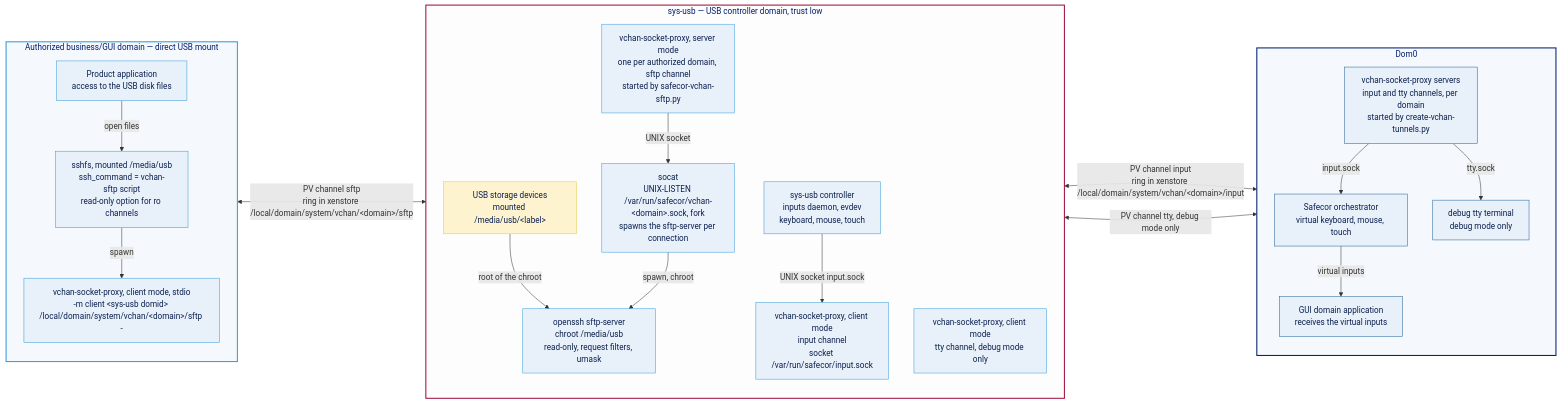
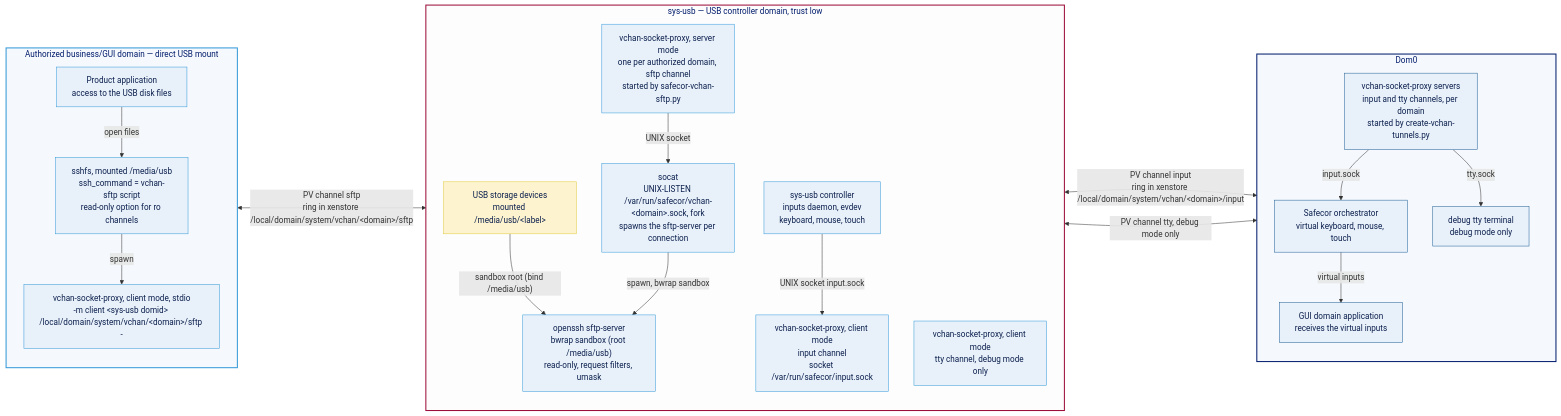
One commit to TristanIsrael/Safecor changed the diagram in docs/diagrams/lld-sftp-inputs.mmd. Above: the diagram before and after it, drawn with Mermaid. The commit also changed 13 other files, not shown here.

```diff
--- a/docs/diagrams/lld-sftp-inputs.mmd
+++ b/docs/diagrams/lld-sftp-inputs.mmd
@@ -1,55 +1,55 @@
 flowchart LR
 
     %% ---------------- Authorized domain (SFTP client) ----------------
     subgraph BUS["Authorized business/GUI domain — direct USB mount"]
         direction TB
         APP["Product application<br/>access to the USB disk files"]
         SSHFS["sshfs, mounted /media/usb<br/>ssh_command = vchan-sftp script<br/>read-only option for ro channels"]
         VCC["vchan-socket-proxy, client mode, stdio<br/>-m client &lt;sys-usb domid&gt; /local/domain/system/vchan/&lt;domain&gt;/sftp -"]
         APP -->|open files| SSHFS
         SSHFS -->|spawn| VCC
     end
 
     %% ---------------- sys-usb (SFTP server + input/tty clients) ----------------
     subgraph SYSUSB["sys-usb — USB controller domain, trust low"]
         direction TB
         USBST["USB storage devices<br/>mounted /media/usb/&lt;label&gt;"]
         SFTPS["vchan-socket-proxy, server mode<br/>one per authorized domain, sftp channel<br/>started by safecor-vchan-sftp.py"]
         SOCAT["socat<br/>UNIX-LISTEN /var/run/safecor/vchan-&lt;domain&gt;.sock, fork<br/>spawns the sftp-server per connection"]
-        SFTP["openssh sftp-server<br/>chroot /media/usb<br/>read-only, request filters, umask"]
+        SFTP["openssh sftp-server<br/>bwrap sandbox (root /media/usb)<br/>read-only, request filters, umask"]
         INPD["sys-usb controller<br/>inputs daemon, evdev<br/>keyboard, mouse, touch"]
         VCIN["vchan-socket-proxy, client mode<br/>input channel<br/>socket /var/run/safecor/input.sock"]
         VCTY["vchan-socket-proxy, client mode<br/>tty channel, debug mode only"]
-        USBST -->|root of the chroot| SFTP
+        USBST -->|"sandbox root (bind /media/usb)"| SFTP
         SFTPS -->|UNIX socket| SOCAT
-        SOCAT -->|spawn, chroot| SFTP
+        SOCAT -->|spawn, bwrap sandbox| SFTP
         INPD -->|UNIX socket input.sock| VCIN
     end
 
     %% ---------------- Dom0 (input/tty servers) ----------------
     subgraph DOM0["Dom0"]
         direction TB
         VCS["vchan-socket-proxy servers<br/>input and tty channels, per domain<br/>started by create-vchan-tunnels.py"]
         ORCH["Safecor orchestrator<br/>virtual keyboard, mouse, touch"]
         TTYD["debug tty terminal<br/>debug mode only"]
         GUIAPP["GUI domain application<br/>receives the virtual inputs"]
         VCS -->|input.sock| ORCH
         VCS -->|tty.sock| TTYD
         ORCH -->|virtual inputs| GUIAPP
     end
 
     %% ---------------- The vchan hops ----------------
     VCC <-->|PV channel sftp<br/>ring in xenstore /local/domain/system/vchan/&lt;domain&gt;/sftp| SFTPS
     VCIN <-->|PV channel input<br/>ring in xenstore /local/domain/system/vchan/&lt;domain&gt;/input| VCS
     VCTY <-->|PV channel tty, debug mode only| VCS
 
     %% ---------------- Styling (Safecor palette) ----------------
     classDef dom0svc fill:#e8f1fa,stroke:#1f5e97,color:#0b1f4d
     classDef domusvc fill:#e8f1fa,stroke:#3399d9,color:#0b1f4d
     classDef ext fill:#fdf3cf,stroke:#E0CA3C,color:#0b1f4d
     class VCS,ORCH,TTYD,GUIAPP dom0svc
     class APP,SSHFS,VCC,SFTPS,SOCAT,SFTP,INPD,VCIN,VCTY domusvc
     class USBST ext
     style BUS fill:#f5f8fc,stroke:#3399d9,stroke-width:2px,color:#001c6c
     style SYSUSB fill:#fdfdfd,stroke:#9C0D38,stroke-width:2px,color:#001c6c
     style DOM0 fill:#f5f8fc,stroke:#001c6c,stroke-width:2px,color:#001c6c
```
